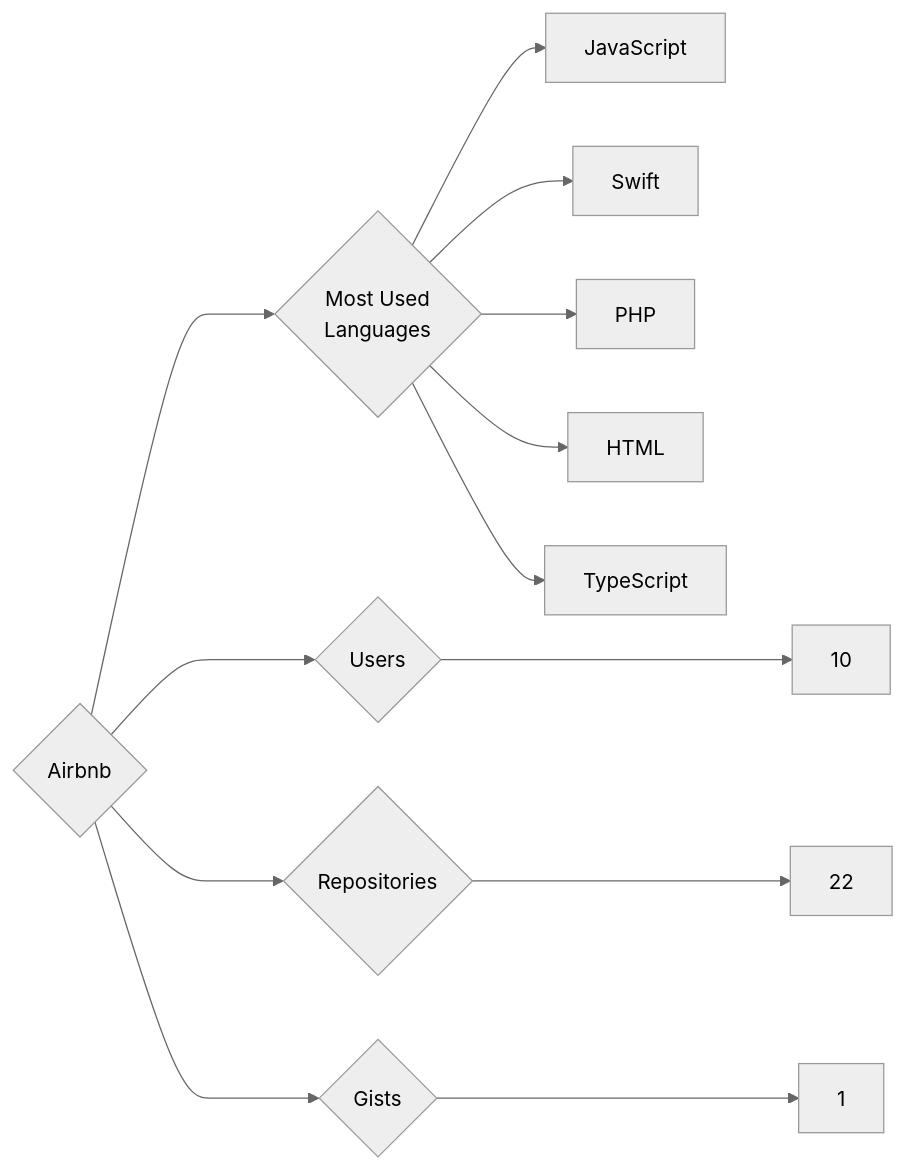
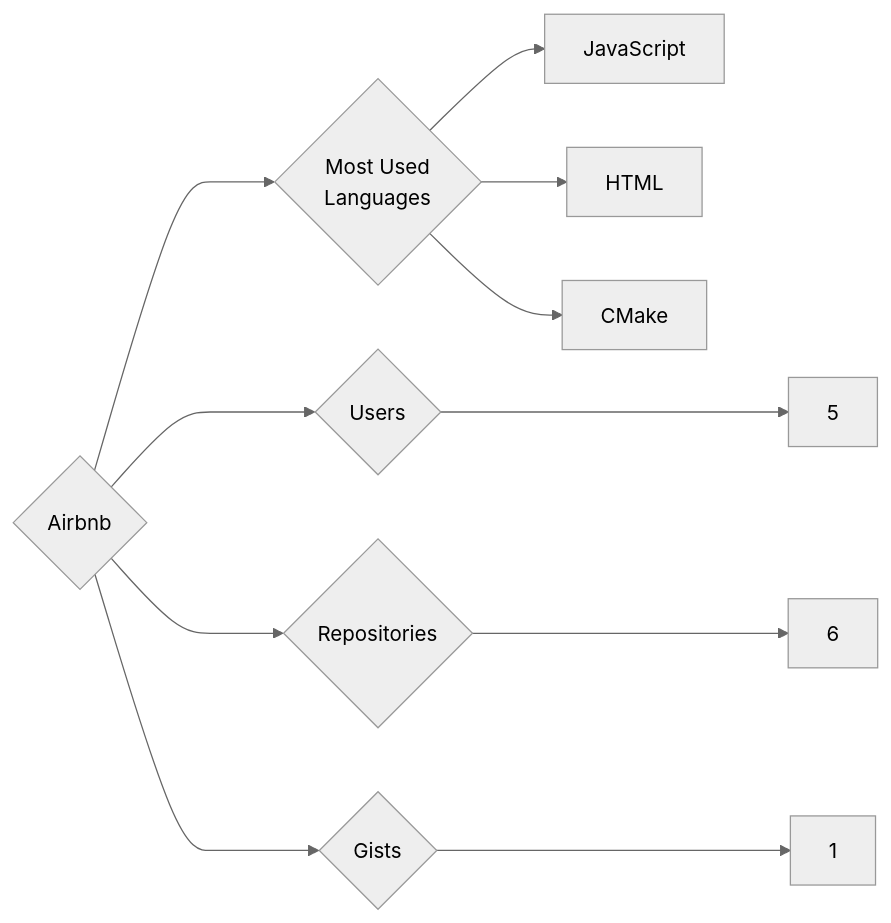
The diagram in targets/Airbnb/README.md (trickest/insiders), drawn with Mermaid (neutral theme) before and after one commit. The commit also changed 1166 other files, not shown here.

````diff
--- a/targets/Airbnb/README.md
+++ b/targets/Airbnb/README.md
@@ -3,13 +3,11 @@
 ```mermaid
 graph LR
 COMPANY_NAME{Airbnb}
-COMPANY_NAME ---> U{Users} ---> UN[10]
-COMPANY_NAME ---> R{Repositories} ---> RN[22]
+COMPANY_NAME ---> U{Users} ---> UN[5]
+COMPANY_NAME ---> R{Repositories} ---> RN[6]
 COMPANY_NAME ---> G{Gists} ---> GN[1]
 COMPANY_NAME ---> ML{Most Used<br>Languages}
 ML --> JavaScript[JavaScript]
-ML --> Swift[Swift]
-ML --> PHP[PHP]
 ML --> HTML[HTML]
-ML --> TypeScript[TypeScript]
+ML --> CMake[CMake]
 ```
````
